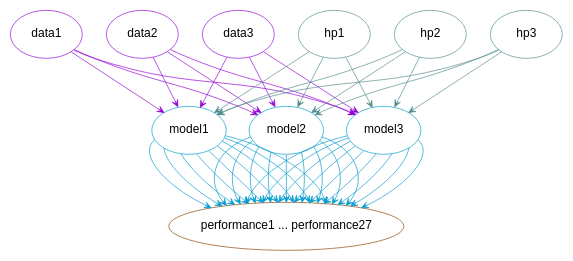
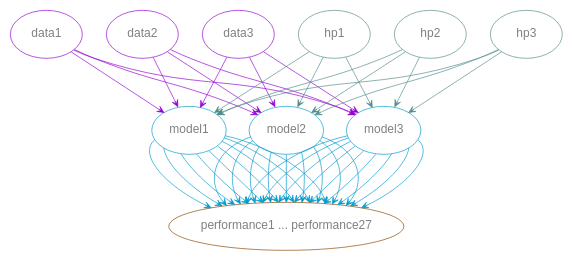
One commit to WestDRI/arc-training changed the diagram in ai/mlops/wb_mlflow_content.qmd. Above: the diagram before and after it, drawn with Graphviz. The commit also changed other lines of this file and 20 other files, not shown here.

Commit message:
fix remaining graphviz graphs for dark mode

````diff
--- a/ai/mlops/wb_mlflow_content.qmd
+++ b/ai/mlops/wb_mlflow_content.qmd
@@ -32,39 +32,39 @@
 ```{dot}
 //| echo: false
 //| fig-height: 50%
 
 digraph {
-  
+
 bgcolor="transparent"
-node [fontname="Inconsolata, sans-serif", fontsize=9, penwidth=0.5]
+node [fontname="Inconsolata, sans-serif", fontsize=9, penwidth=0.5, fontcolor=gray]
 edge [color=gray55, arrowhead="vee", arrowsize=0.5, penwidth=0.5]
 
 data1 [label="data1", color=darkviolet]
 data2 [label="data2", color=darkviolet]
 data3 [label="data3", color=darkviolet]
 
 hp1 [label="hp1", color=darkslategray4]
 hp2 [label="hp2", color=darkslategray4]
 hp3 [label="hp3", color=darkslategray4]
 
 model1 [label="model1", color=deepskyblue3]
 model2 [label="model2", color=deepskyblue3]
 model3 [label="model3", color=deepskyblue3]
 
 performance [label="performance1 ... performance27", color=darkorange4]
 
 {data1 data2 data3} -> {model1 model2 model3} [color=darkviolet]
 {hp1 hp2 hp3} -> {model1 model2 model3} [color=darkslategray4]
 
 {model1 model2 model3} -> performance [color=deepskyblue3]
 {model1 model2 model3} -> performance [color=deepskyblue3]
 {model1 model2 model3} -> performance [color=deepskyblue3]
 {model1 model2 model3} -> performance [color=deepskyblue3]
 {model1 model2 model3} -> performance [color=deepskyblue3]
 {model1 model2 model3} -> performance [color=deepskyblue3]
 {model1 model2 model3} -> performance [color=deepskyblue3]
 {model1 model2 model3} -> performance [color=deepskyblue3]
 {model1 model2 model3} -> performance [color=deepskyblue3]
 
 }
 ```
````
